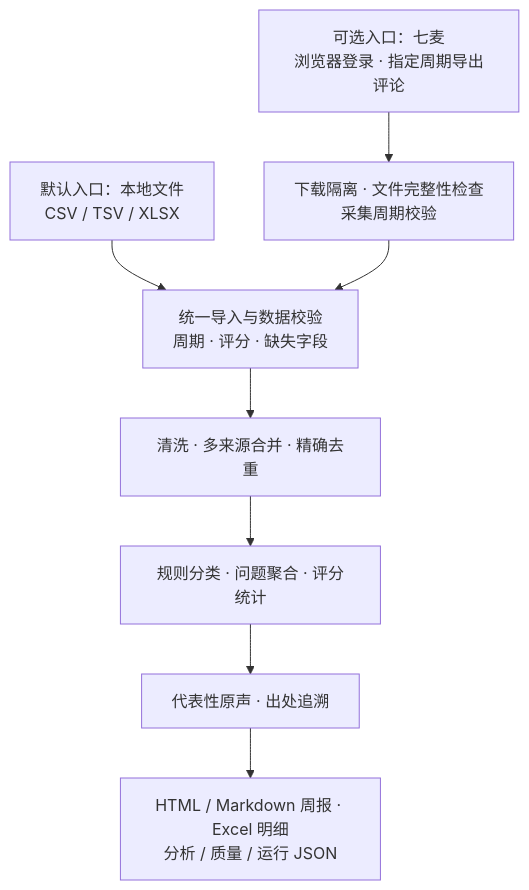
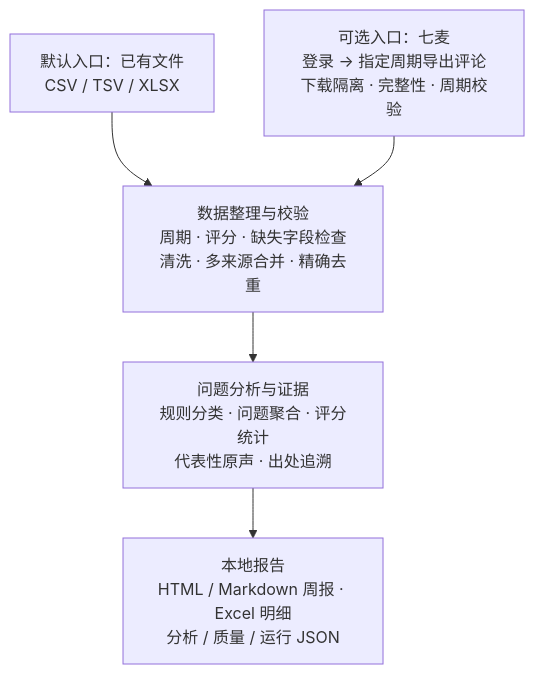
Before and after one commit to ask6688/app-user-voice: the diagram in README.md, drawn with Mermaid.

Commit message:
Keep the unified workflow diagram compact

````diff
--- a/README.md
+++ b/README.md
@@ -21,10 +21,7 @@
 ```mermaid
 flowchart TB
-    F["默认入口：本地文件<br/>CSV / TSV / XLSX"] --> V["统一导入与数据校验<br/>周期 · 评分 · 缺失字段"]
-    Q["可选入口：七麦<br/>浏览器登录 · 指定周期导出评论"] --> D["下载隔离 · 文件完整性检查<br/>采集周期校验"]
-    D --> V
-    V --> C["清洗 · 多来源合并 · 精确去重"]
-    C --> A["规则分类 · 问题聚合 · 评分统计"]
-    A --> E["代表性原声 · 出处追溯"]
-    E --> O["HTML / Markdown 周报 · Excel 明细<br/>分析 / 质量 / 运行 JSON"]
+    F["默认入口：已有文件<br/>CSV / TSV / XLSX"] --> V["数据整理与校验<br/>周期 · 评分 · 缺失字段检查<br/>清洗 · 多来源合并 · 精确去重"]
+    Q["可选入口：七麦<br/>登录 → 指定周期导出评论<br/>下载隔离 · 完整性 · 周期校验"] --> V
+    V --> A["问题分析与证据<br/>规则分类 · 问题聚合 · 评分统计<br/>代表性原声 · 出处追溯"]
+    A --> O["本地报告<br/>HTML / Markdown 周报 · Excel 明细<br/>分析 / 质量 / 运行 JSON"]
 ```
````
